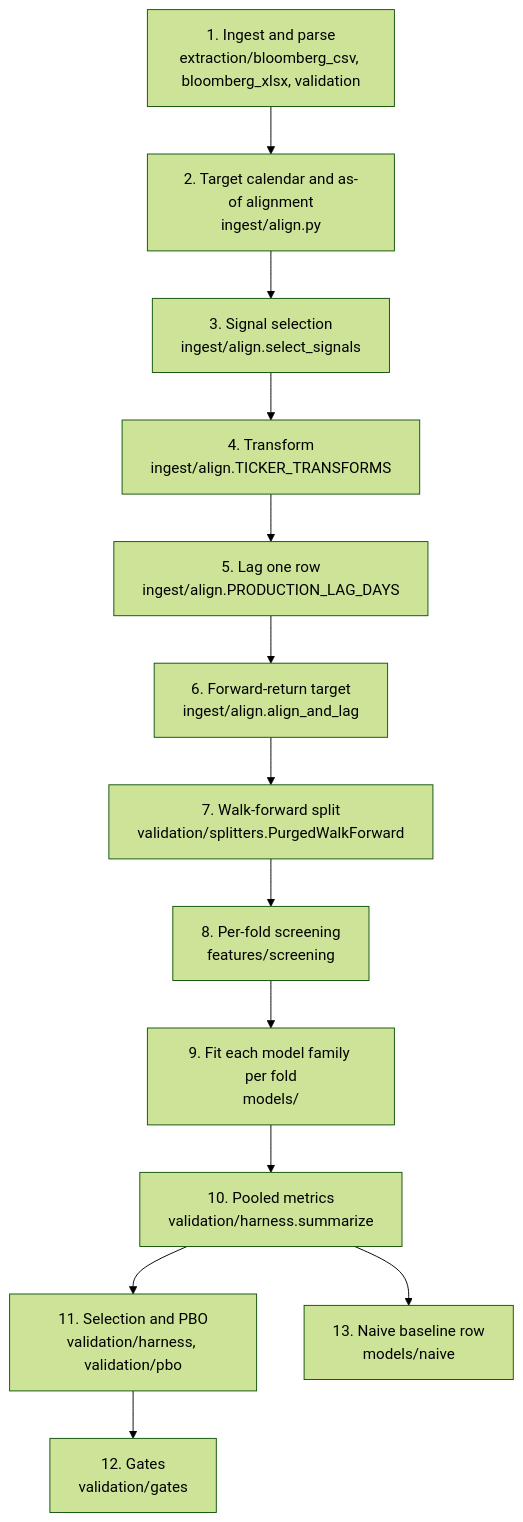
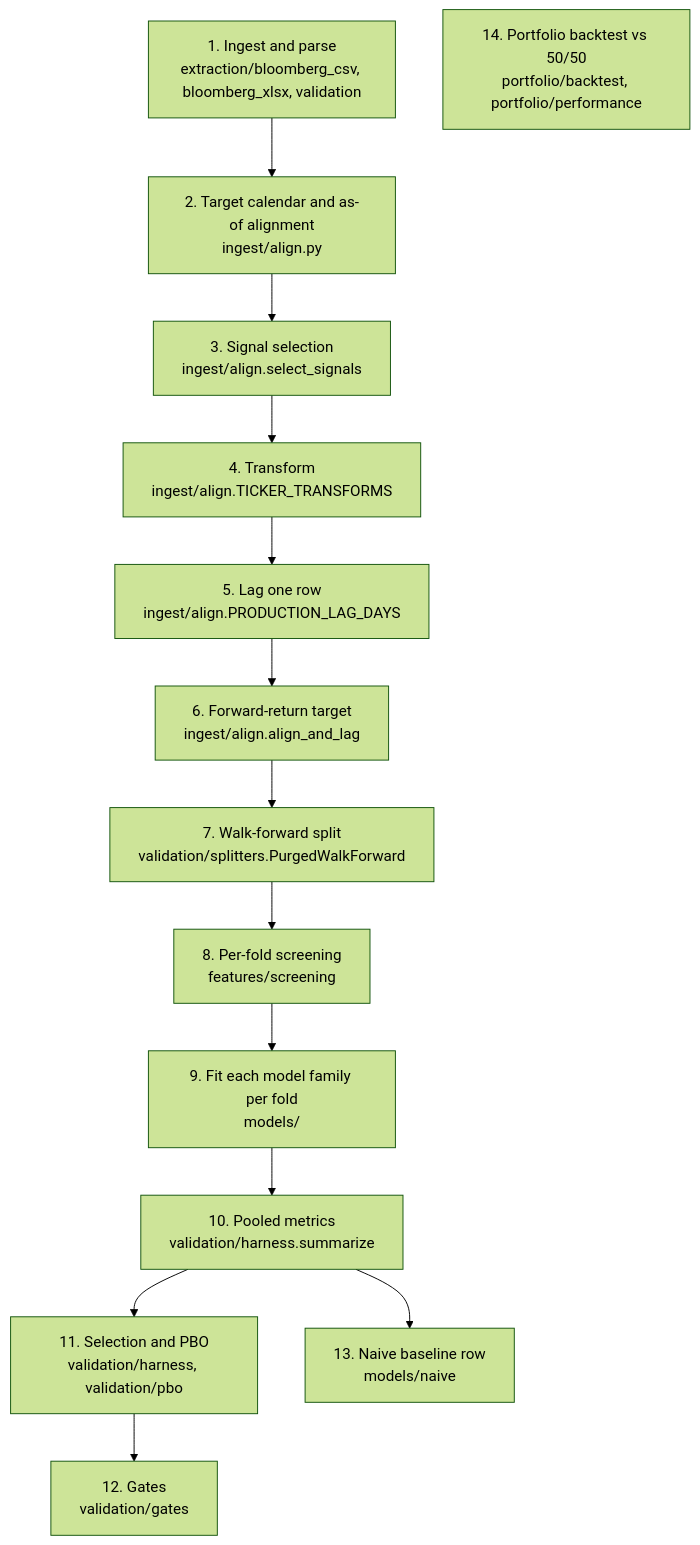
Before and after one commit to QuekKangSheng/forecasting-engine: the diagram in docs/methodology.md, drawn with Mermaid (forest theme). The commit also changed other lines of this file and 6 other files, not shown here.

````diff
--- a/docs/methodology.md
+++ b/docs/methodology.md
@@ -14,16 +14,17 @@
 ```mermaid
 flowchart TD
     A["1. Ingest and parse<br/>extraction/bloomberg_csv, bloomberg_xlsx, validation"] --> B
     B["2. Target calendar and as-of alignment<br/>ingest/align.py"] --> C
     C["3. Signal selection<br/>ingest/align.select_signals"] --> D
     D["4. Transform<br/>ingest/align.TICKER_TRANSFORMS"] --> E
     E["5. Lag one row<br/>ingest/align.PRODUCTION_LAG_DAYS"] --> F
     F["6. Forward-return target<br/>ingest/align.align_and_lag"] --> G
     G["7. Walk-forward split<br/>validation/splitters.PurgedWalkForward"] --> H
     H["8. Per-fold screening<br/>features/screening"] --> I
     I["9. Fit each model family per fold<br/>models/"] --> J
     J["10. Pooled metrics<br/>validation/harness.summarize"] --> K
     K["11. Selection and PBO<br/>validation/harness, validation/pbo"] --> L
     L["12. Gates<br/>validation/gates"]
     J --> M["13. Naive baseline row<br/>models/naive"]
+    N["14. Portfolio backtest vs 50/50<br/>portfolio/backtest, portfolio/performance"]
 ```
````
